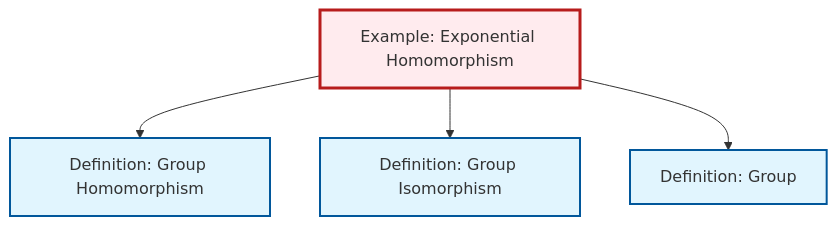
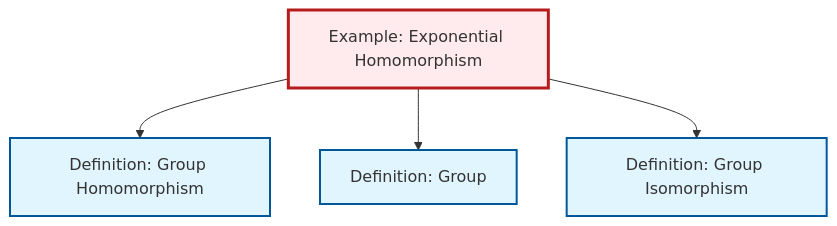
Before and after one commit to RK0429/ModernMath: the diagram in content/en/algebra/ex-exponential-homomorphism.qmd, drawn with Mermaid. The commit also changed other lines of this file and 634 other files, not shown here.

````diff
--- a/content/en/algebra/ex-exponential-homomorphism.qmd
+++ b/content/en/algebra/ex-exponential-homomorphism.qmd
@@ -45,20 +45,20 @@
 ```{mermaid}
 %%| fig-cap: "Local dependency graph"
 graph TD
     classDef definition fill:#e1f5fe,stroke:#01579b,stroke-width:2px
     classDef theorem fill:#f3e5f5,stroke:#4a148c,stroke-width:2px
     classDef axiom fill:#fff3e0,stroke:#e65100,stroke-width:2px
     classDef example fill:#e8f5e9,stroke:#1b5e20,stroke-width:2px
     classDef current fill:#ffebee,stroke:#b71c1c,stroke-width:3px
+    def-group["Definition: Group"]:::definition
+    ex-exponential-homomorphism["Example: Exponential Homomorphism"]:::example
     def-isomorphism["Definition: Group Isomorphism"]:::definition
-    ex-exponential-homomorphism["Example: Exponential Homomorphism"]:::example
     def-homomorphism["Definition: Group Homomorphism"]:::definition
-    def-group["Definition: Group"]:::definition
     ex-exponential-homomorphism --> def-homomorphism
+    ex-exponential-homomorphism --> def-group
     ex-exponential-homomorphism --> def-isomorphism
-    ex-exponential-homomorphism --> def-group
     class ex-exponential-homomorphism current
+    click def-group "def-group.html" "Go to Group definition"
     click def-isomorphism "def-isomorphism.html" "Go to Group Isomorphism definition"
     click def-homomorphism "def-homomorphism.html" "Go to Group Homomorphism definition"
-    click def-group "def-group.html" "Go to Group definition"
 ```
````
